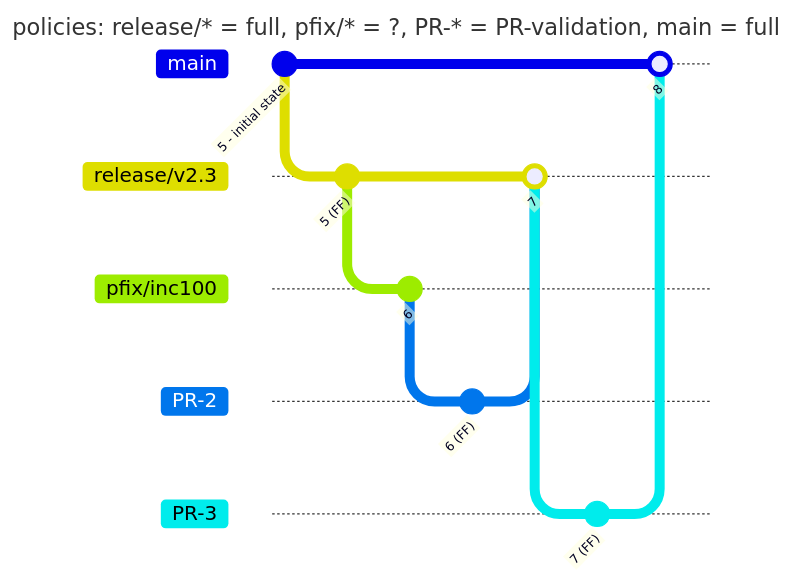
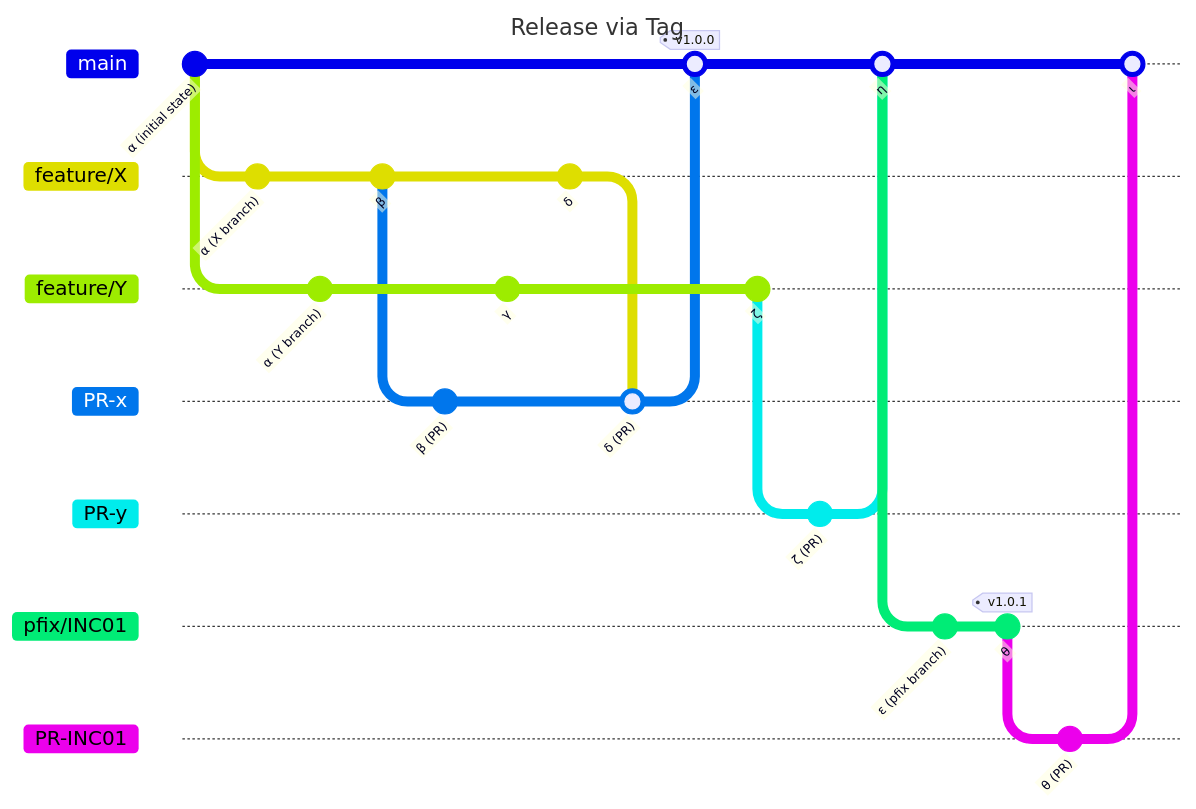
One commit to CasaVian/actions-demos changed the second of 2 diagrams in doc/scenarios.md. Above: the diagram before and after it, drawn with Mermaid. The commit also changed other lines of this file, not shown here.

Commit message:
Scenario diagrams

````diff
--- a/doc/scenarios.md
+++ b/doc/scenarios.md
@@ -30,28 +68,46 @@
 ```mermaid
 ---
-title: |
-  policies:
-    release/* = full,
-    pfix/* = ?,
-    PR-* = PR-validation,
-    main = full
+title: Release via Tag
 ---
 gitGraph
-   commit id:"5 - initial state"
-   branch release/v2.3
-   checkout release/v2.3
-   commit id:"5 (FF)"
-   branch pfix/inc100
-   checkout pfix/inc100
-   commit id:"6"
-   branch PR-2
-   checkout PR-2
-   commit id:"6 (FF)"
-   checkout release/v2.3
-   merge PR-2 id:"7"
-   branch PR-3
-   checkout PR-3
-   commit id:"7 (FF)"
-   checkout main
-   merge PR-3 id:"8"
+  commit id:"α (initial state)"
+  branch feature/X
+  checkout feature/X
+  commit id:"α (X branch)"
+  checkout main
+  branch feature/Y
+  checkout feature/Y
+  commit id:"α (Y branch)"
+  checkout feature/X
+  commit id:"β"
+  branch PR-x
+  checkout PR-x
+  commit id:"β (PR)"
+  checkout feature/Y
+  commit id:"γ"
+  checkout feature/X
+  commit id:"δ"
+  checkout PR-x
+  merge feature/X id:"δ (PR)"
+  checkout main
+  merge PR-x id:"ε" tag: "v1.0.0"
+
+  checkout feature/Y
+  commit id:"ζ"
+  branch PR-y
+  checkout PR-y
+  commit id:"ζ (PR)"
+  checkout main
+  merge PR-y id:"η"
+
+  branch "pfix/INC01"
+  checkout "pfix/INC01"
+  commit id:"ε (pfix branch)"
+  commit id:"θ" tag:"v1.0.1"
+  branch PR-INC01
+  checkout PR-INC01
+  commit id:"θ (PR)"
+
+  checkout main
+  merge PR-INC01 id:"ι"
 ```
````
